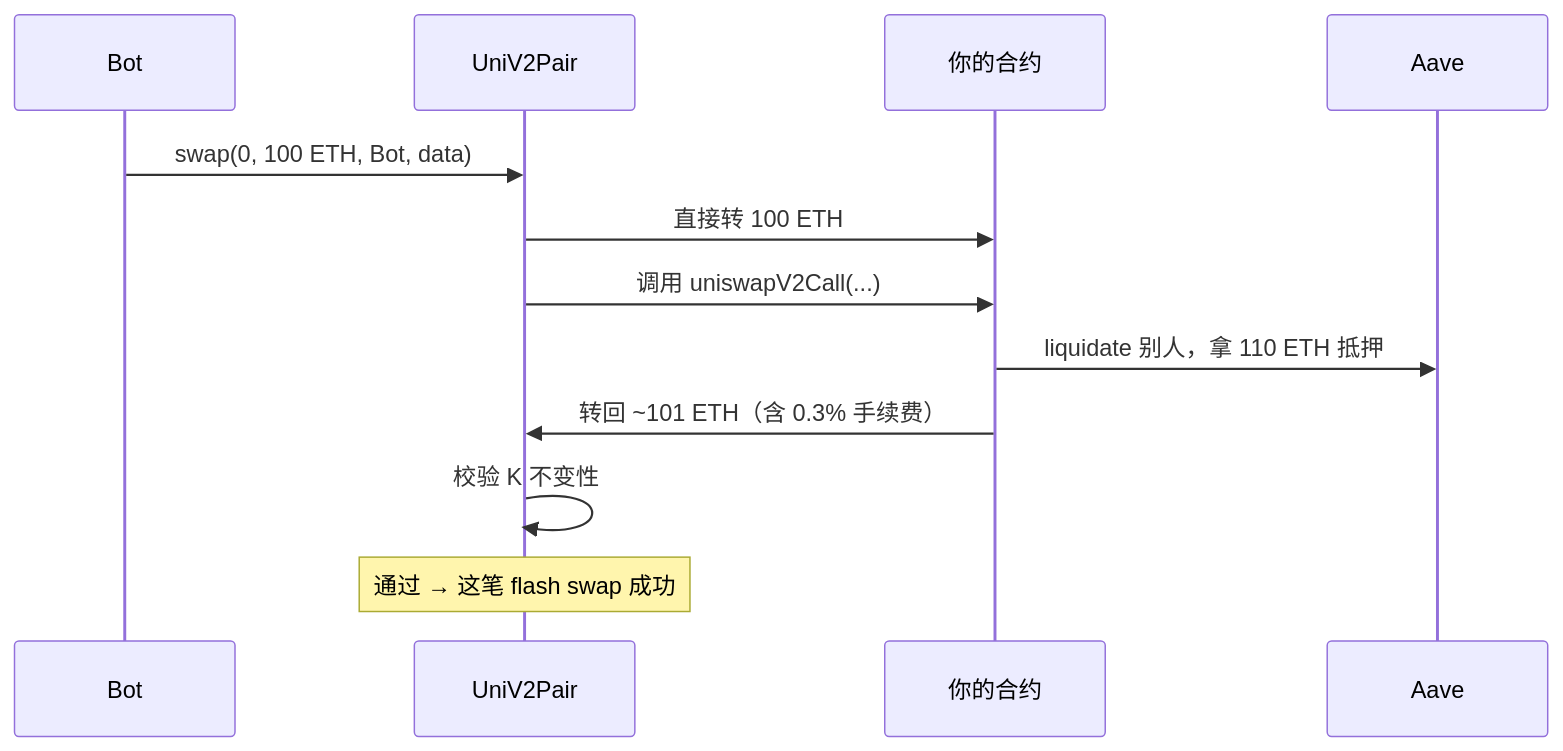
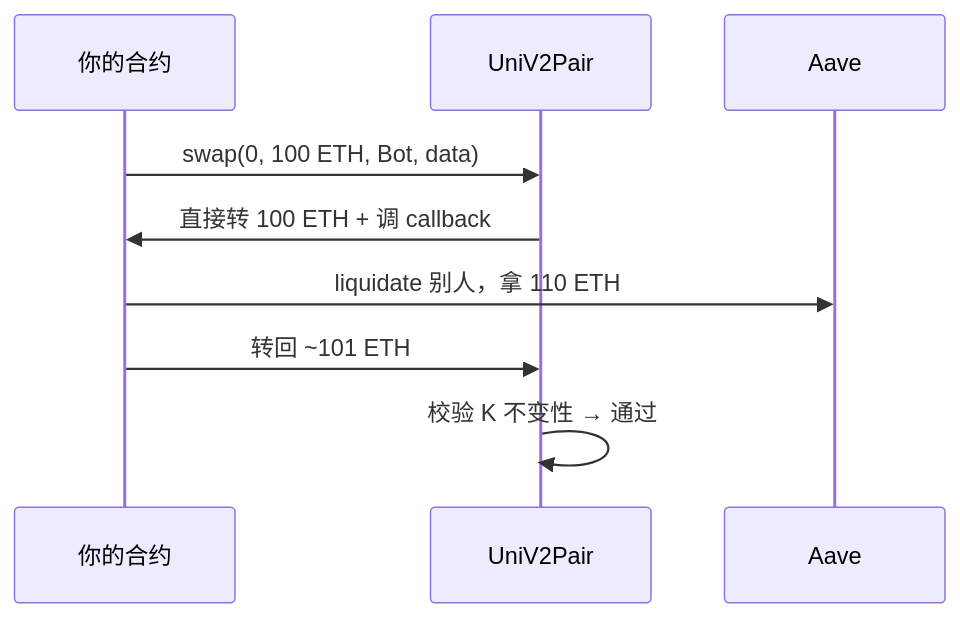
The fourth of 20 diagrams in web3-engineer-guide/06-DeFi协议工程/README.md (ChuwuYo/misc-files), drawn with Mermaid before and after one commit. The commit also changed other lines of this file and 211 other files, not shown here.

````diff
--- a/web3-engineer-guide/06-DeFi协议工程/README.md
+++ b/web3-engineer-guide/06-DeFi协议工程/README.md
@@ -637,15 +258,11 @@
 ```mermaid
 sequenceDiagram
-    participant U as Bot
+    participant Bot as 你的合约
     participant V2 as UniV2Pair
-    participant Bot as 你的合约
-    participant Aave as Aave
-
-    U->>V2: swap(0, 100 ETH, Bot, data)
-    V2->>Bot: 直接转 100 ETH
-    V2->>Bot: 调用 uniswapV2Call(...)
-    Bot->>Aave: liquidate 别人，拿 110 ETH 抵押
-    Bot->>V2: 转回 ~101 ETH（含 0.3% 手续费）
-    V2->>V2: 校验 K 不变性
-    Note over V2: 通过 → 这笔 flash swap 成功
+    participant Aave
+    Bot->>V2: swap(0, 100 ETH, Bot, data)
+    V2->>Bot: 直接转 100 ETH + 调 callback
+    Bot->>Aave: liquidate 别人，拿 110 ETH
+    Bot->>V2: 转回 ~101 ETH
+    V2->>V2: 校验 K 不变性 → 通过
 ```
````
